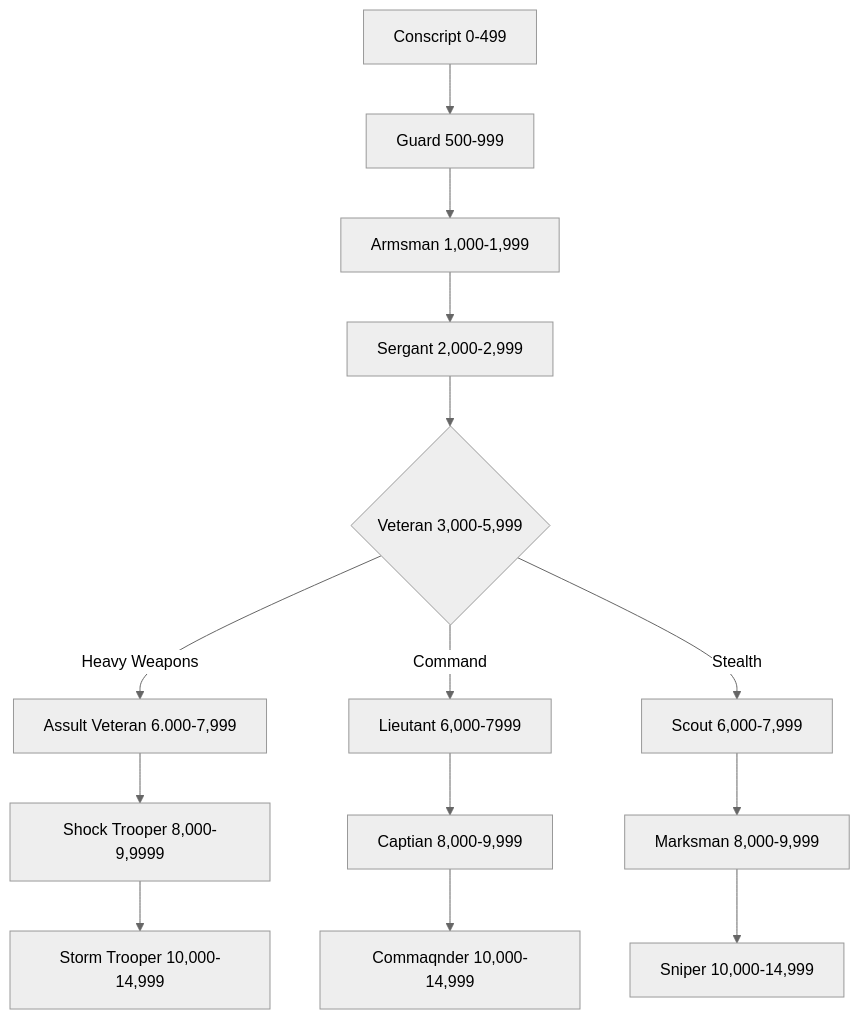
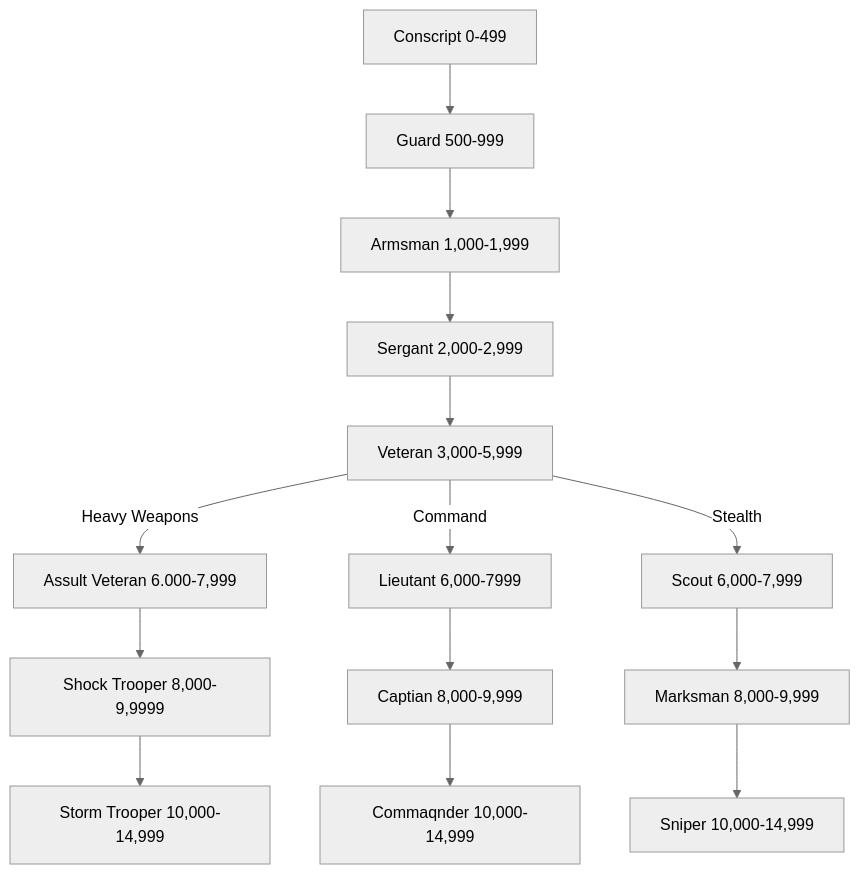
Before and after one commit to zyzyx159/Rule-books: the diagram in Classes/Guardsman.md, drawn with Mermaid (neutral theme). The commit also changed 3 other files, not shown here.

````diff
--- a/Classes/Guardsman.md
+++ b/Classes/Guardsman.md
@@ -29,16 +29,16 @@
 ```mermaid
 graph TD
 A[Conscript 0-499] --> B[Guard 500-999];
 B --> C[Armsman 1,000-1,999];
 C --> D[Sergant 2,000-2,999];
-D --> E{Veteran 3,000-5,999}
+D --> E[Veteran 3,000-5,999]
 E -- Heavy Weapons --> F[Assult Veteran 6.000-7,999]
 F --> G[Shock Trooper 8,000-9,9999]
 G --> H[Storm Trooper 10,000-14,999]
 E -- Command --> I[Lieutant 6,000-7999]
 I --> J[Captian 8,000-9,999]
 J --> K[Commaqnder 10,000-14,999]
 E -- Stealth --> L[Scout 6,000-7,999]
 L --> M[Marksman 8,000-9,999]
 M --> N[Sniper 10,000-14,999]
 ```
````
